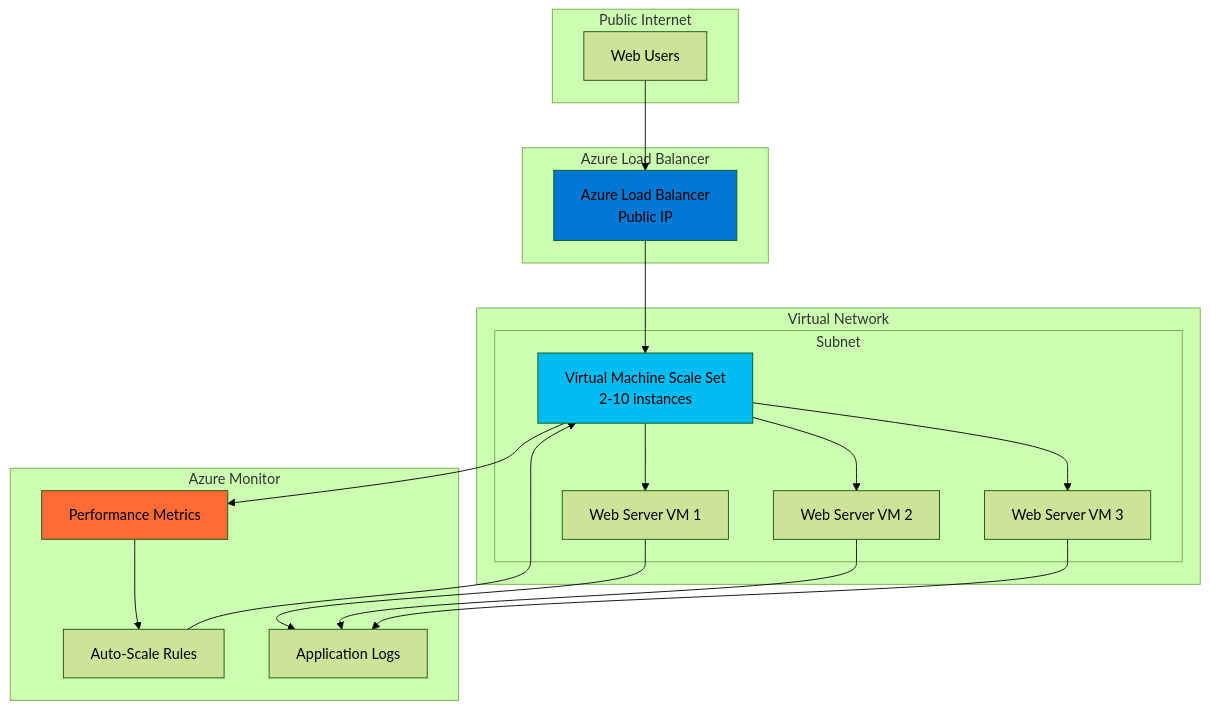
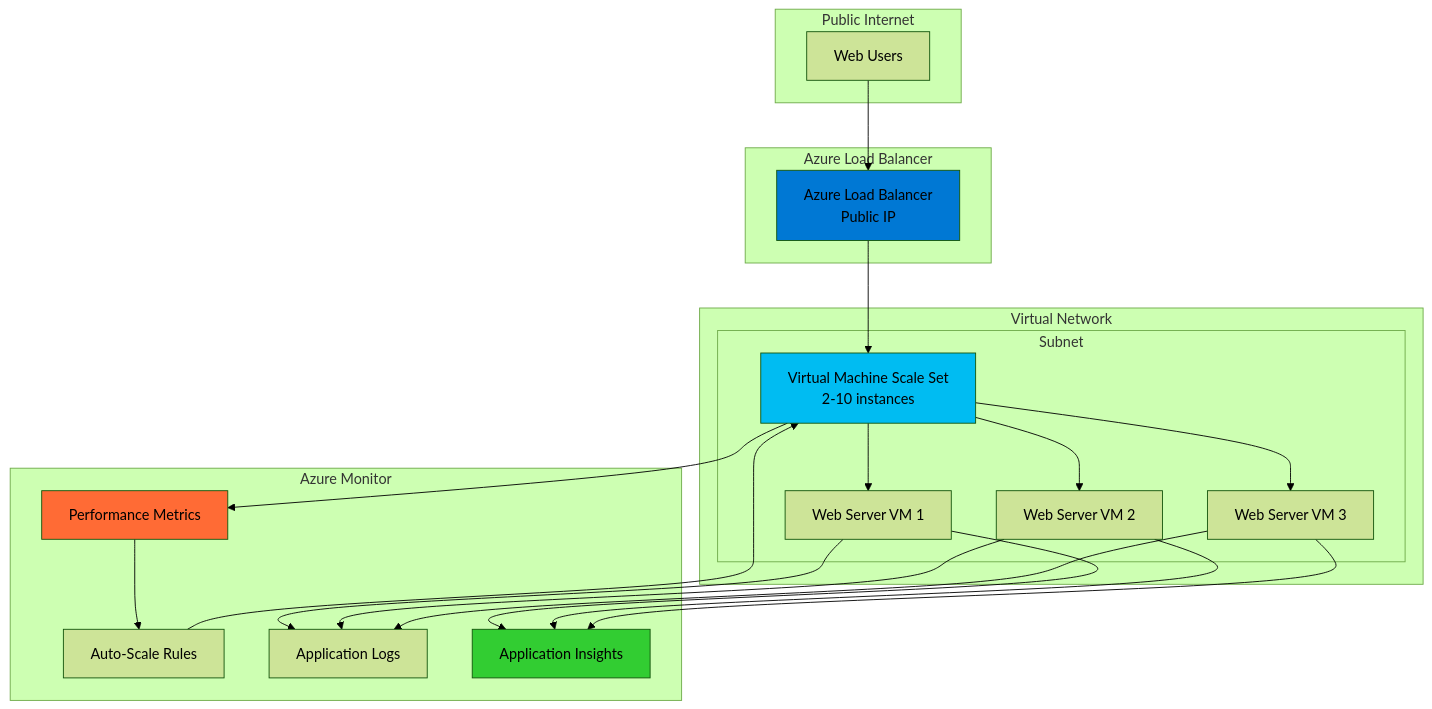
One commit to mzazon/awesome-cloud-projects changed the diagram in azure/elastic-web-applications-vm-scaling/elastic-web-applications-vm-scaling.md. Above: the diagram before and after it, drawn with Mermaid (forest theme). The commit also changed other lines of this file and 5581 other files, not shown here.

````diff
--- a/azure/elastic-web-applications-vm-scaling/elastic-web-applications-vm-scaling.md
+++ b/azure/elastic-web-applications-vm-scaling/elastic-web-applications-vm-scaling.md
@@ -30,43 +30,49 @@
 ```mermaid
 graph TB
     subgraph "Public Internet"
         USER[Web Users]
     end
     
     subgraph "Azure Load Balancer"
         LB[Azure Load Balancer<br/>Public IP]
     end
     
     subgraph "Virtual Network"
         subgraph "Subnet"
             VMSS[Virtual Machine Scale Set<br/>2-10 instances]
             VM1[Web Server VM 1]
             VM2[Web Server VM 2]
             VM3[Web Server VM 3]
         end
     end
     
     subgraph "Azure Monitor"
         METRICS[Performance Metrics]
         ALERTS[Auto-Scale Rules]
         LOGS[Application Logs]
+        INSIGHTS[Application Insights]
     end
     
     USER --> LB
     LB --> VMSS
     VMSS --> VM1
     VMSS --> VM2
     VMSS --> VM3
     
     VMSS --> METRICS
     METRICS --> ALERTS
     ALERTS --> VMSS
     
     VM1 --> LOGS
     VM2 --> LOGS
     VM3 --> LOGS
     
+    VM1 --> INSIGHTS
+    VM2 --> INSIGHTS
+    VM3 --> INSIGHTS
+    
     style LB fill:#0078D4
     style VMSS fill:#00BCF2
     style METRICS fill:#FF6B35
+    style INSIGHTS fill:#32CD32
 ```
````
